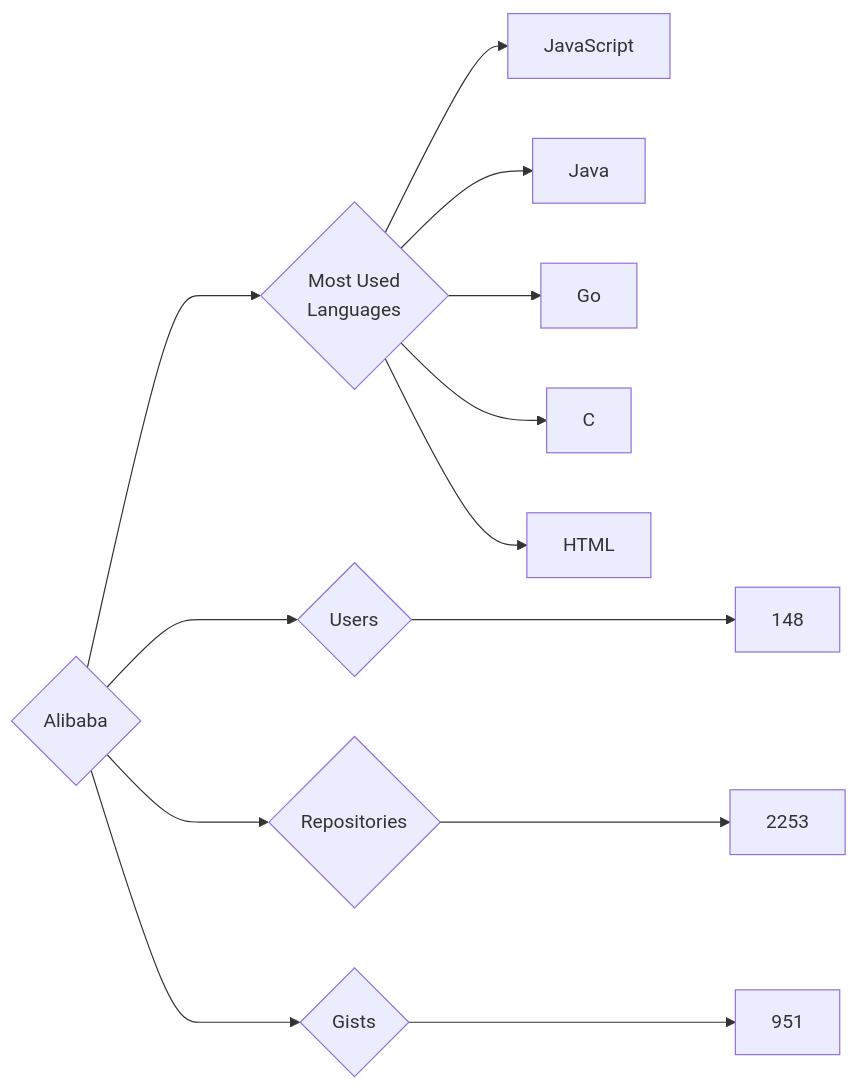
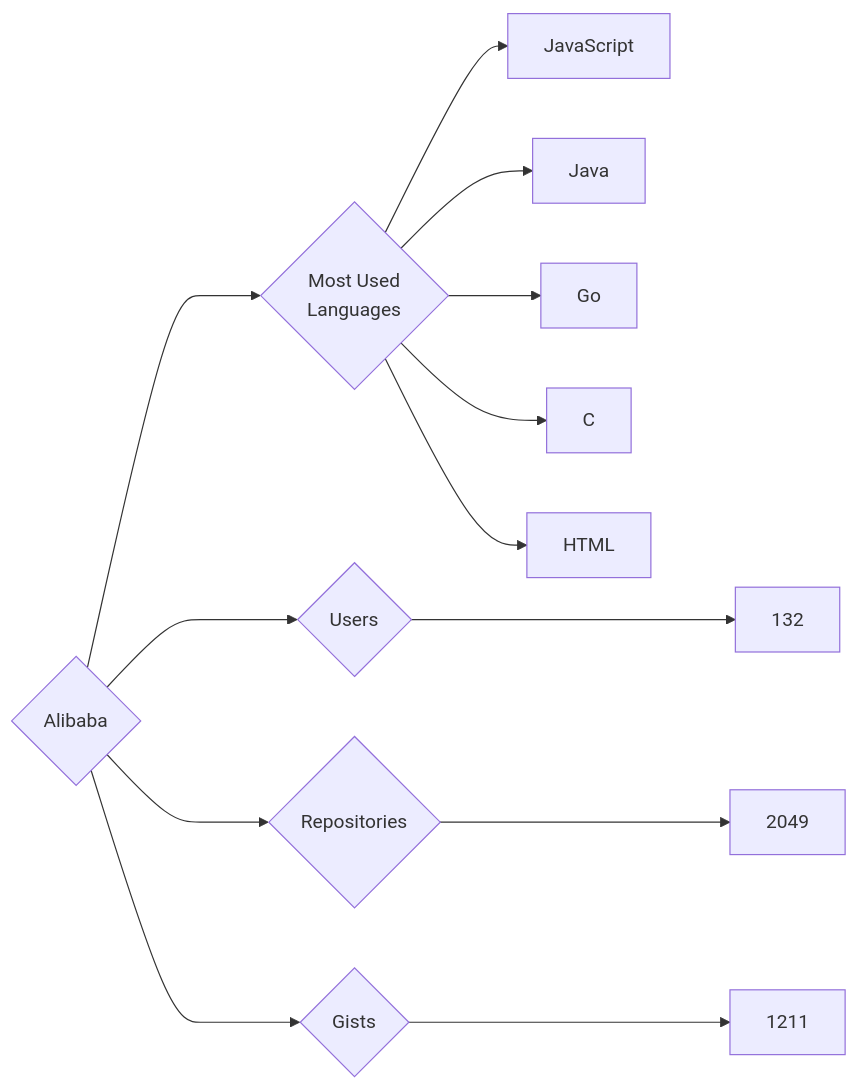
The diagram in targets/Alibaba/README.md (trickest/insiders), drawn with Mermaid before and after one commit. The commit also changed 1238 other files, not shown here.

````diff
--- a/targets/Alibaba/README.md
+++ b/targets/Alibaba/README.md
@@ -3,13 +3,13 @@
 ```mermaid
 graph LR
 COMPANY_NAME{Alibaba}
-COMPANY_NAME ---> U{Users} ---> UN[148]
-COMPANY_NAME ---> R{Repositories} ---> RN[2253]
-COMPANY_NAME ---> G{Gists} ---> GN[951]
+COMPANY_NAME ---> U{Users} ---> UN[132]
+COMPANY_NAME ---> R{Repositories} ---> RN[2049]
+COMPANY_NAME ---> G{Gists} ---> GN[1211]
 COMPANY_NAME ---> ML{Most Used<br>Languages}
 ML --> JavaScript[JavaScript]
 ML --> Java[Java]
 ML --> Go[Go]
 ML --> C[C]
 ML --> HTML[HTML]
 ```
````
